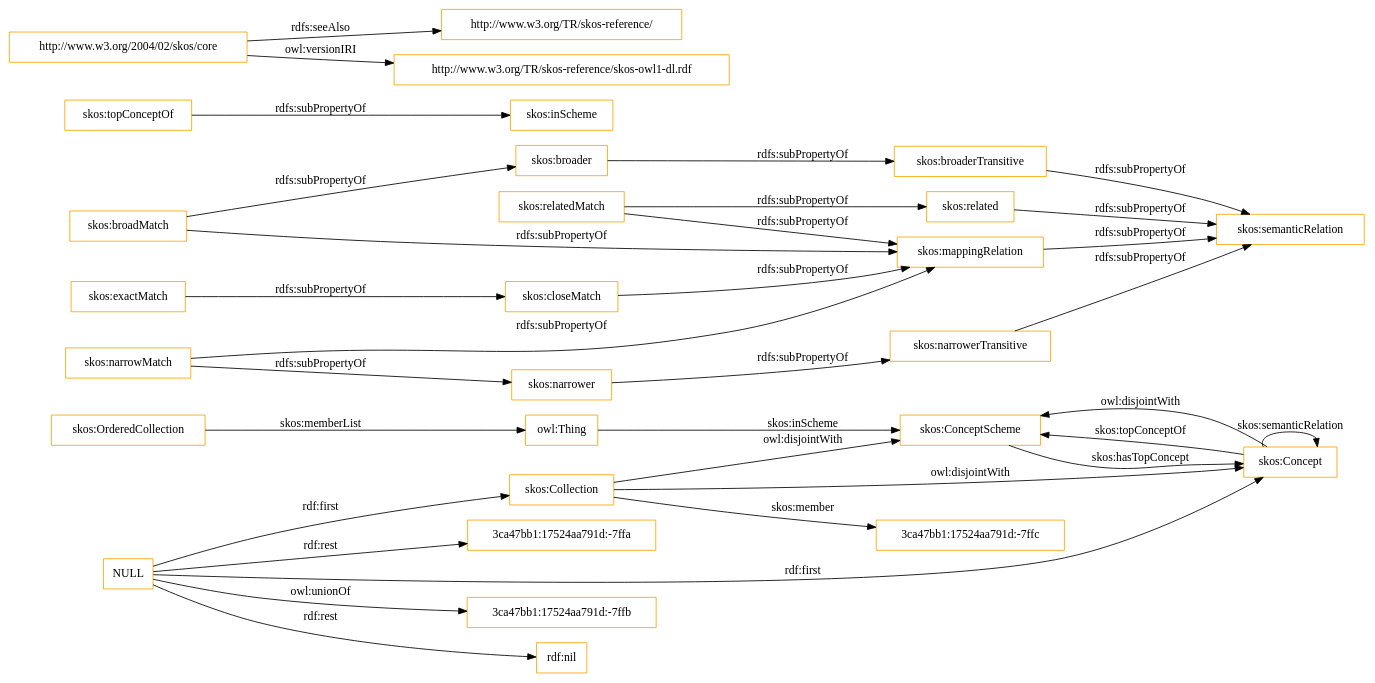
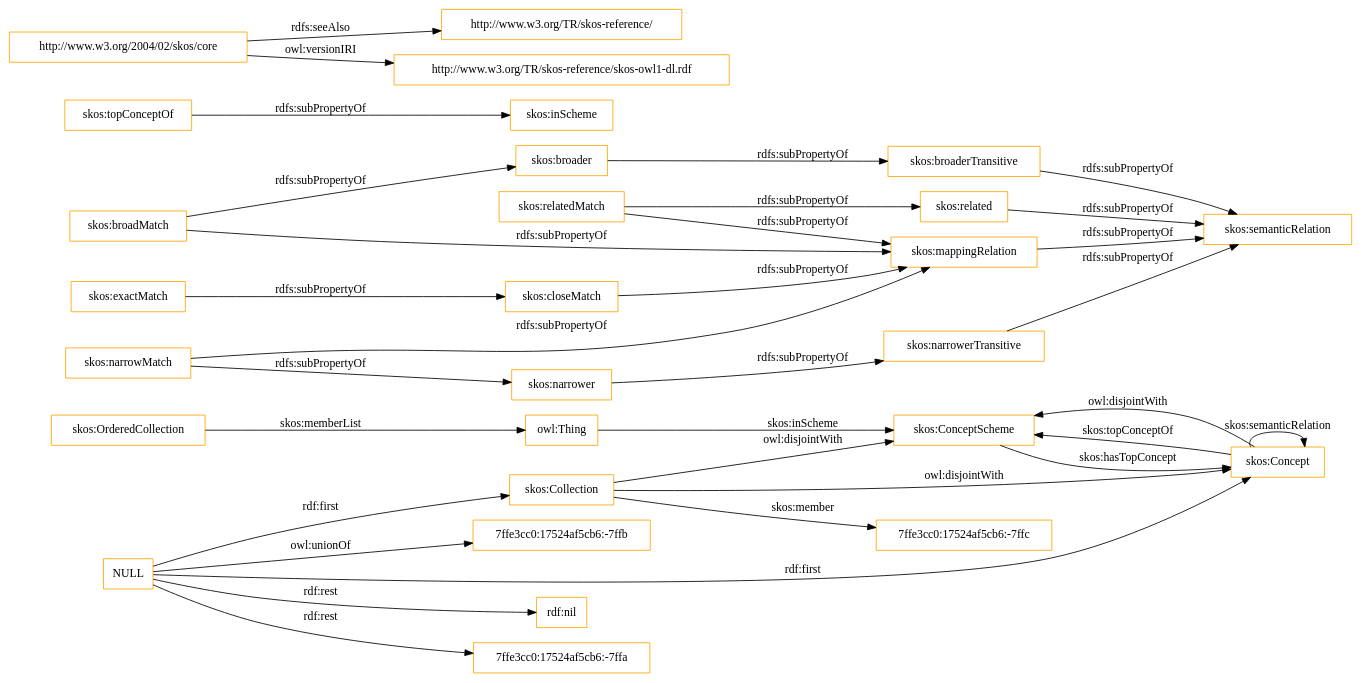
The diagram in OnToology/imports/skos.owl/diagrams/ar2dtool-class/skos.owl.png.dot (OnToologyUser/core-ontology-1), drawn with Graphviz before and after one commit. The commit also changed 14 other files, not shown here.

```diff
--- a/OnToology/imports/skos.owl/diagrams/ar2dtool-class/skos.owl.png.dot
+++ b/OnToology/imports/skos.owl/diagrams/ar2dtool-class/skos.owl.png.dot
@@ -1,37 +1,37 @@
 digraph ar2dtool_diagram { 
 rankdir=LR;
 size="1501"
-node [shape = rectangle, color="orange"]; "skos:OrderedCollection" "skos:ConceptScheme" "skos:Concept" "skos:Collection" "3ca47bb1:17524aa791d:-7ffc" ; /*classes style*/
+node [shape = rectangle, color="orange"]; "skos:OrderedCollection" "skos:ConceptScheme" "skos:Concept" "skos:Collection" "7ffe3cc0:17524af5cb6:-7ffc" ; /*classes style*/
 	"skos:narrowerTransitive" -> "skos:semanticRelation" [ label = "rdfs:subPropertyOf" ];
-	"NULL" -> "3ca47bb1:17524aa791d:-7ffb" [ label = "owl:unionOf" ];
 	"NULL" -> "rdf:nil" [ label = "rdf:rest" ];
 	"NULL" -> "skos:Concept" [ label = "rdf:first" ];
-	"NULL" -> "3ca47bb1:17524aa791d:-7ffa" [ label = "rdf:rest" ];
+	"NULL" -> "7ffe3cc0:17524af5cb6:-7ffa" [ label = "rdf:rest" ];
 	"NULL" -> "skos:Collection" [ label = "rdf:first" ];
+	"NULL" -> "7ffe3cc0:17524af5cb6:-7ffb" [ label = "owl:unionOf" ];
 	"skos:closeMatch" -> "skos:mappingRelation" [ label = "rdfs:subPropertyOf" ];
 	"skos:Concept" -> "skos:ConceptScheme" [ label = "owl:disjointWith" ];
 	"skos:relatedMatch" -> "skos:related" [ label = "rdfs:subPropertyOf" ];
 	"skos:relatedMatch" -> "skos:mappingRelation" [ label = "rdfs:subPropertyOf" ];
 	"skos:related" -> "skos:semanticRelation" [ label = "rdfs:subPropertyOf" ];
 	"skos:topConceptOf" -> "skos:inScheme" [ label = "rdfs:subPropertyOf" ];
 	"skos:broadMatch" -> "skos:mappingRelation" [ label = "rdfs:subPropertyOf" ];
 	"skos:broadMatch" -> "skos:broader" [ label = "rdfs:subPropertyOf" ];
 	"skos:exactMatch" -> "skos:closeMatch" [ label = "rdfs:subPropertyOf" ];
 	"skos:broaderTransitive" -> "skos:semanticRelation" [ label = "rdfs:subPropertyOf" ];
 	"skos:broader" -> "skos:broaderTransitive" [ label = "rdfs:subPropertyOf" ];
 	"skos:mappingRelation" -> "skos:semanticRelation" [ label = "rdfs:subPropertyOf" ];
 	"http://www.w3.org/2004/02/skos/core" -> "http://www.w3.org/TR/skos-reference/" [ label = "rdfs:seeAlso" ];
 	"http://www.w3.org/2004/02/skos/core" -> "http://www.w3.org/TR/skos-reference/skos-owl1-dl.rdf" [ label = "owl:versionIRI" ];
 	"skos:Collection" -> "skos:ConceptScheme" [ label = "owl:disjointWith" ];
 	"skos:Collection" -> "skos:Concept" [ label = "owl:disjointWith" ];
 	"skos:narrower" -> "skos:narrowerTransitive" [ label = "rdfs:subPropertyOf" ];
 	"skos:narrowMatch" -> "skos:narrower" [ label = "rdfs:subPropertyOf" ];
 	"skos:narrowMatch" -> "skos:mappingRelation" [ label = "rdfs:subPropertyOf" ];
 	"skos:OrderedCollection" -> "owl:Thing" [ label = "skos:memberList" ];
 	"skos:Concept" -> "skos:ConceptScheme" [ label = "skos:topConceptOf" ];
 	"skos:Concept" -> "skos:Concept" [ label = "skos:semanticRelation" ];
-	"skos:Collection" -> "3ca47bb1:17524aa791d:-7ffc" [ label = "skos:member" ];
+	"skos:Collection" -> "7ffe3cc0:17524af5cb6:-7ffc" [ label = "skos:member" ];
 	"skos:ConceptScheme" -> "skos:Concept" [ label = "skos:hasTopConcept" ];
 	"owl:Thing" -> "skos:ConceptScheme" [ label = "skos:inScheme" ];
 
 }
```
